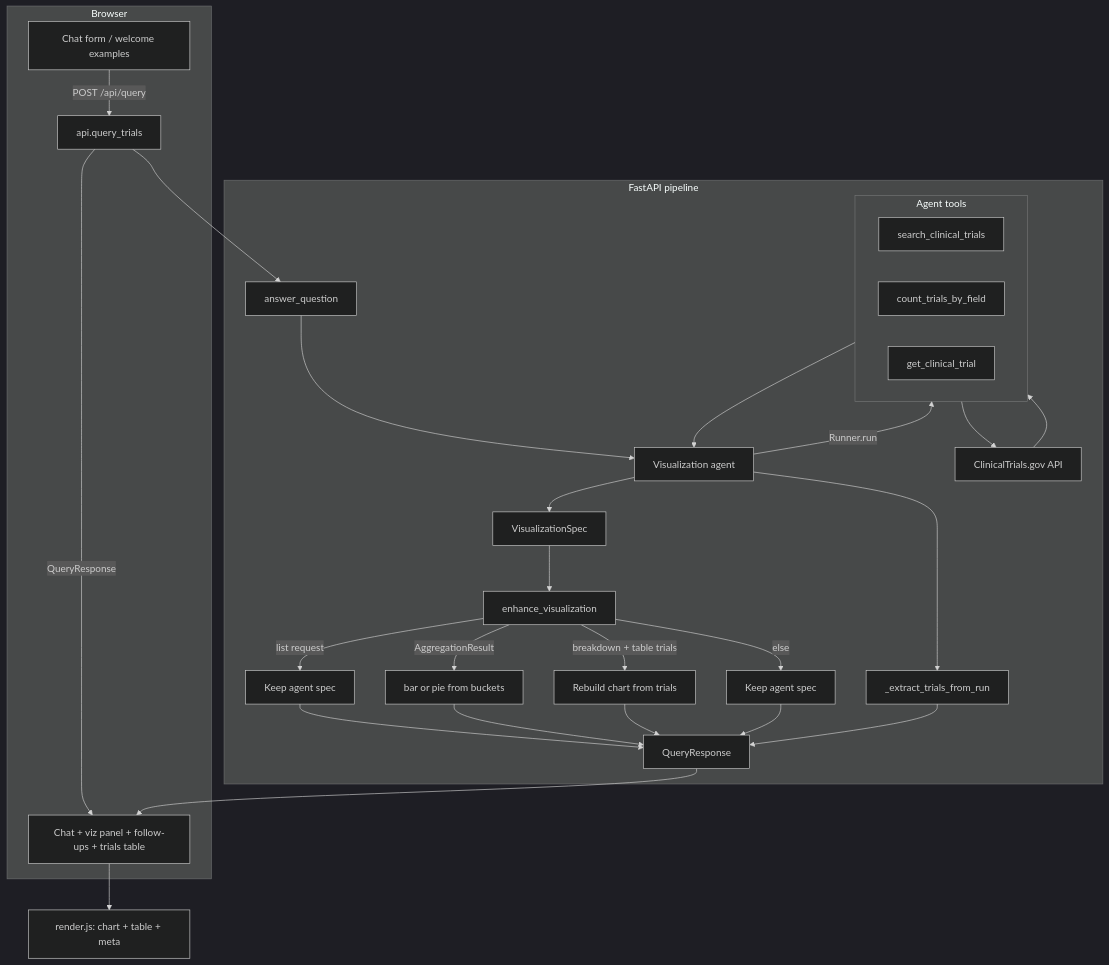
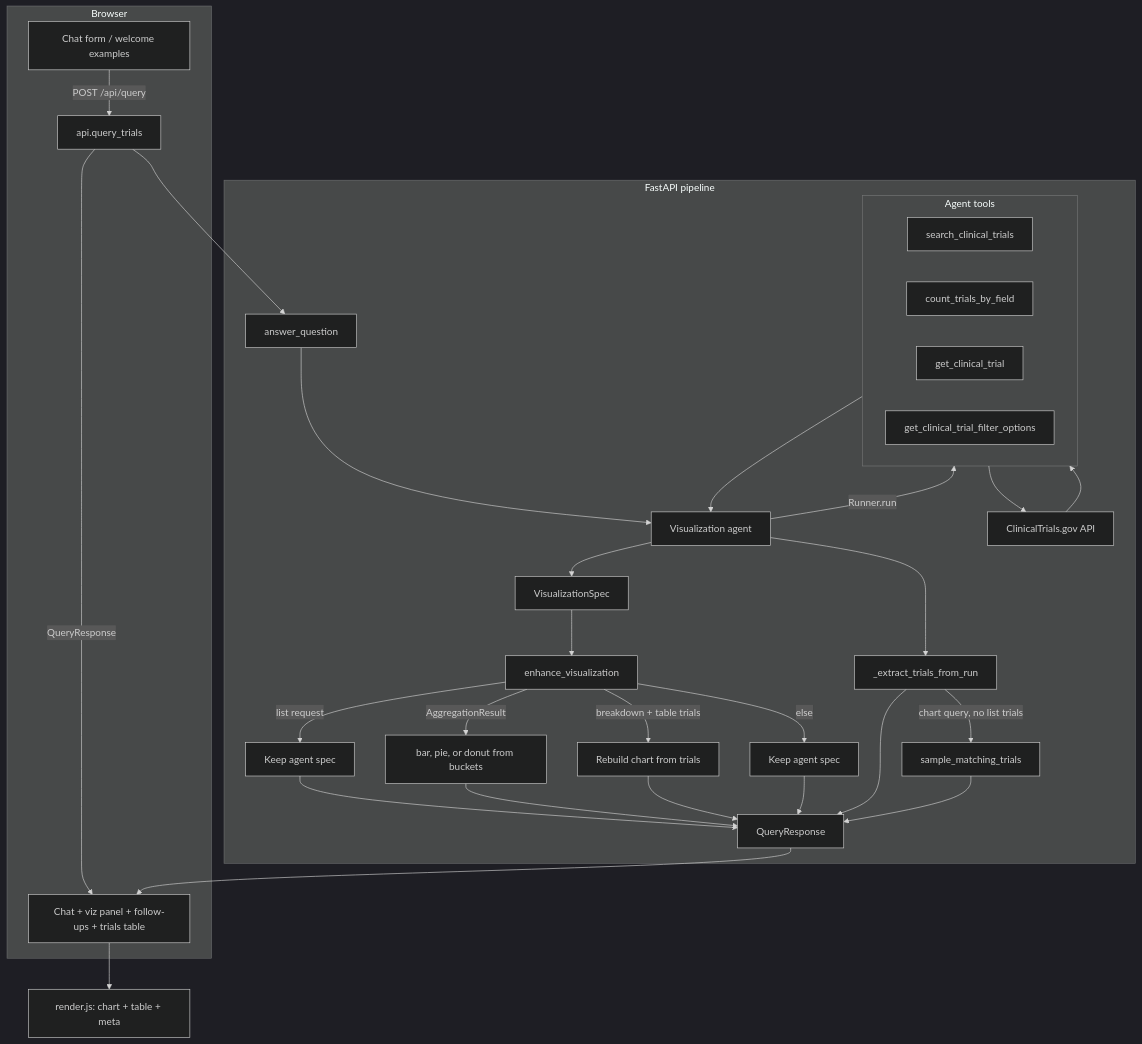
Before and after one commit to VageeshHegde/clinical-trial-visualization-agent: the diagram in README.md, drawn with Mermaid (dark theme). The commit also changed other lines of this file and 9 other files, not shown here.

````diff
--- a/README.md
+++ b/README.md
@@ -23,42 +23,45 @@
 ```mermaid
 flowchart TD
     subgraph UI["Browser"]
         Form[Chat form / welcome examples]
         Form -->|POST /api/query| API
         API -->|QueryResponse| Panel[Chat + viz panel + follow-ups + trials table]
     end
 
     subgraph Backend["FastAPI pipeline"]
         API[api.query_trials]
         API --> AQ[answer_question]
         AQ --> Agent[Visualization agent]
         Agent -->|Runner.run| Tools
 
         subgraph Tools["Agent tools"]
             Search[search_clinical_trials]
             Count[count_trials_by_field]
             Get[get_clinical_trial]
+            Filters[get_clinical_trial_filter_options]
         end
 
         Tools --> CTG[ClinicalTrials.gov API]
         CTG --> Tools
         Tools --> Agent
 
         Agent --> Spec[VisualizationSpec]
         Spec --> Enhance[enhance_visualization]
         Enhance -->|list request| Keep1[Keep agent spec]
-        Enhance -->|AggregationResult| Auto[bar or pie from buckets]
+        Enhance -->|AggregationResult| Auto[bar, pie, or donut from buckets]
         Enhance -->|breakdown + table trials| Rebuild[Rebuild chart from trials]
         Enhance -->|else| Keep2[Keep agent spec]
 
         Agent --> Extract[_extract_trials_from_run]
+        Extract -->|chart query, no list trials| Sample[sample_matching_trials]
         Keep1 --> Response[QueryResponse]
         Auto --> Response
         Rebuild --> Response
         Keep2 --> Response
         Extract --> Response
+        Sample --> Response
     end
 
     Response --> Panel
     Panel --> Render[render.js: chart + table + meta]
 ```
````
